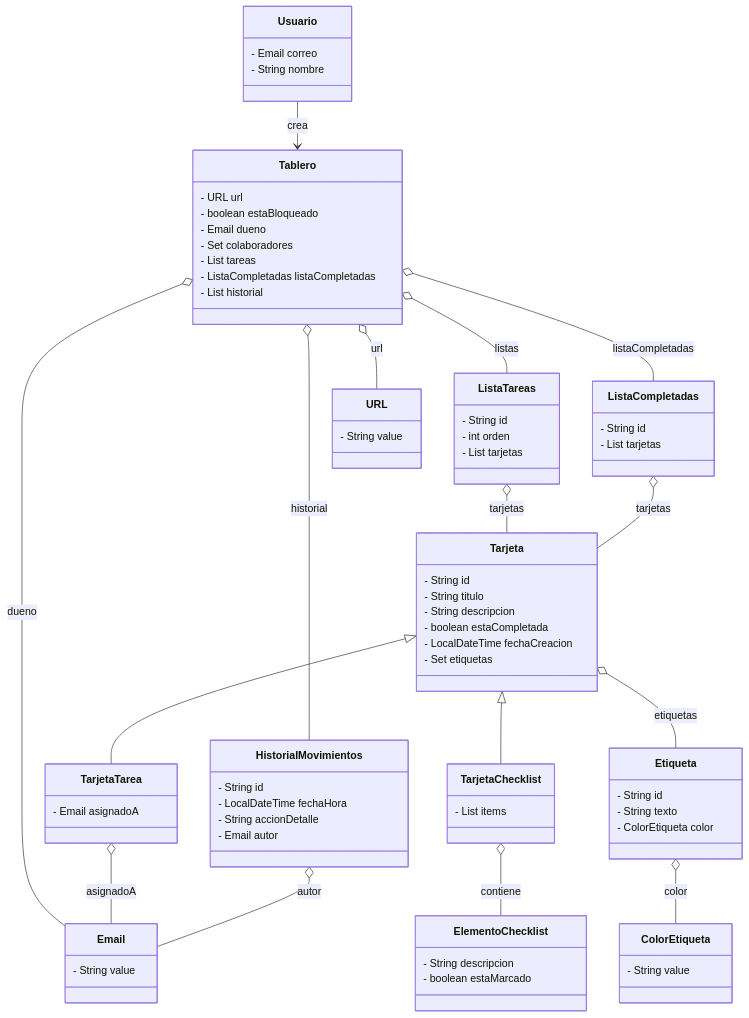
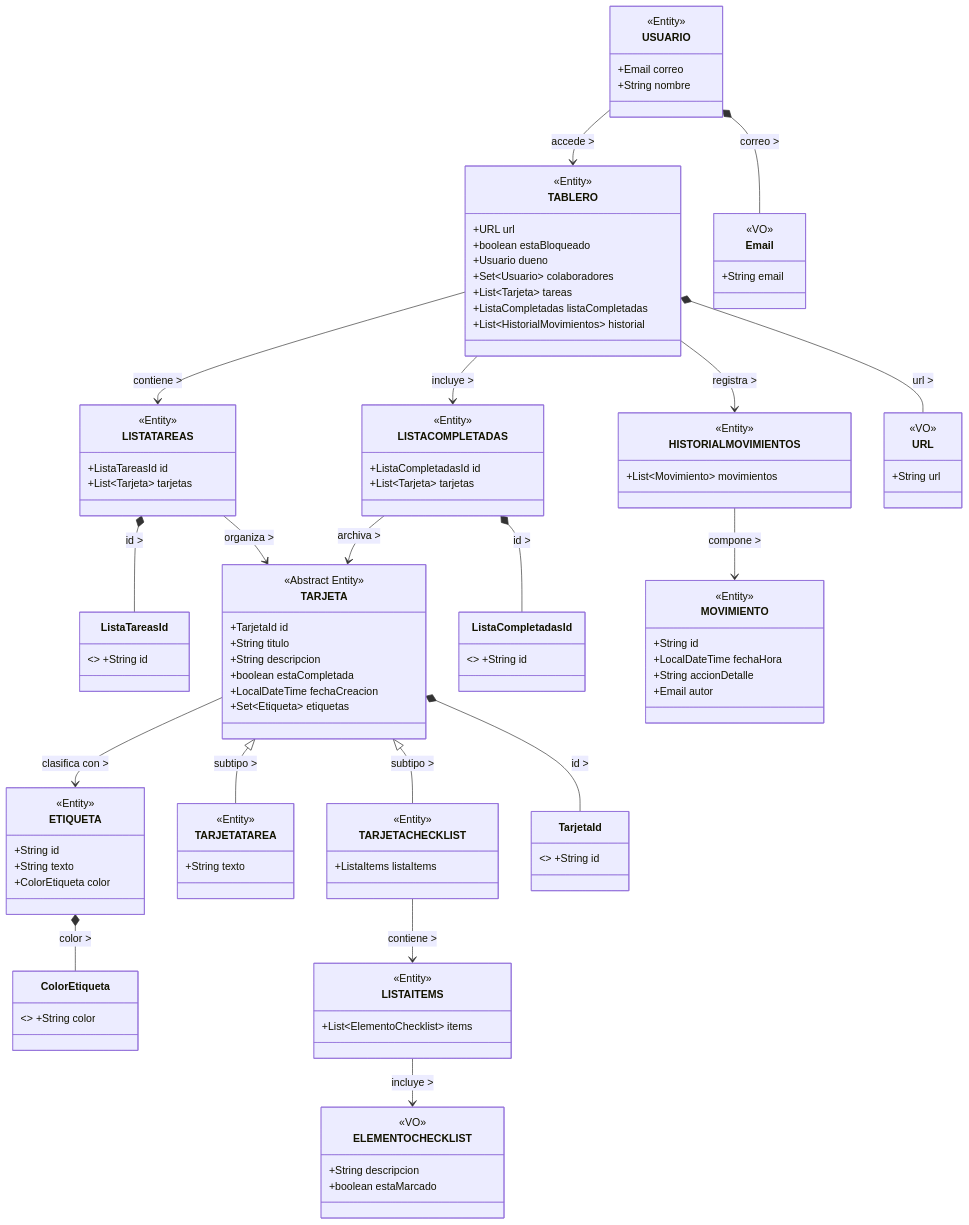
One commit to HCalipo/PDS changed the diagram in docs/DDDLO.md. Above: the diagram before and after it, drawn with Mermaid. The commit also changed other lines of this file, not shown here.

Commit message:
DOC - Diagrama

````diff
--- a/docs/DDDLO.md
+++ b/docs/DDDLO.md
@@ -21,81 +21,124 @@
 classDiagram
   direction TB
 
-    class Usuario {
-        - Email correo
-        - String nombre
-    }
-    class Tablero {
-        - URL url
-        - boolean estaBloqueado
-        - Email dueno
-        - Set<Email> colaboradores
-        - List<Tarjeta> tareas
-        - ListaCompletadas listaCompletadas
-        - List<HistorialMovimientos> historial
-    }
-    class ListaTareas {
-        - String id
-        - int orden
-        - List<Tarjeta> tarjetas
-    }
-    class ListaCompletadas {
-        - String id
-        - List<Tarjeta> tarjetas
-    }
-    class Tarjeta {
-        - String id
-        - String titulo
-        - String descripcion
-        - boolean estaCompletada
-        - LocalDateTime fechaCreacion
-        - Set<Etiqueta> etiquetas
-    }
-    class TarjetaTarea {
-        - Email asignadoA
-    }
-    class TarjetaChecklist {
-        - List<ElementoChecklist> items
-    }
-    class Etiqueta {
-        - String id
-        - String texto
-        - ColorEtiqueta color
-    }
-    class HistorialMovimientos {
-        - String id
-        - LocalDateTime fechaHora
-        - String accionDetalle
-        - Email autor
-    }
-    class Email {
-        - String value
-    }
-    class URL {
-        - String value
-    }
-    class ColorEtiqueta {
-        - String value
-    }
-    class ElementoChecklist {
-        - String descripcion
-        - boolean estaMarcado
+    class USUARIO {
+      <<Entity>>
+      +Email correo
+      +String nombre
     }
 
-    Tarjeta <|-- TarjetaTarea
-    Tarjeta <|-- TarjetaChecklist
+    class TABLERO {
+      <<Entity>>
+      +URL url
+      +boolean estaBloqueado
+      +Usuario dueno
+      +Set~Usuario~ colaboradores
+      +List~Tarjeta~ tareas
+      +ListaCompletadas listaCompletadas
+      +List~HistorialMovimientos~ historial
+    }
 
-    Tablero o-- ListaTareas : listas
-    Tablero o-- ListaCompletadas : listaCompletadas
-    Tablero o-- HistorialMovimientos : historial
-    Tablero o-- Email : dueno
-    Tablero o-- URL : url
-    ListaTareas o-- Tarjeta : tarjetas
-    ListaCompletadas o-- Tarjeta : tarjetas
-    Tarjeta o-- Etiqueta : etiquetas
-    TarjetaTarea o-- Email : asignadoA
-    TarjetaChecklist o-- ElementoChecklist : contiene
-    Usuario --> Tablero : crea
-    Etiqueta o-- ColorEtiqueta : color
-    HistorialMovimientos o-- Email : autor
+    class LISTATAREAS {
+      <<Entity>>
+      +ListaTareasId id
+      +List~Tarjeta~ tarjetas
+    }
+
+    class ListaTareasId { <<VO>> +String id }
+
+    class LISTACOMPLETADAS {
+      <<Entity>>
+      +ListaCompletadasId id
+      +List~Tarjeta~ tarjetas
+    }
+
+    class HISTORIALMOVIMIENTOS {
+      <<Entity>>
+      +List~Movimiento~ movimientos
+    }
+
+    class TARJETA {
+      <<Abstract Entity>>
+      +TarjetaId id
+      +String titulo
+      +String descripcion
+      +boolean estaCompletada
+      +LocalDateTime fechaCreacion
+      +Set~Etiqueta~ etiquetas
+    }
+
+    class ETIQUETA {
+      <<Entity>>
+      +String id
+      +String texto
+      +ColorEtiqueta color
+    }
+
+    class MOVIMIENTO {
+      <<Entity>>
+      +String id
+      +LocalDateTime fechaHora
+      +String accionDetalle
+      +Email autor
+    }
+
+    class TARJETATAREA {
+      <<Entity>>
+      +String texto
+    }
+
+    class TARJETACHECKLIST {
+      <<Entity>>
+      +ListaItems listaItems
+    }
+
+    class LISTAITEMS {
+      <<Entity>>
+      +List~ElementoChecklist~ items
+    }
+
+    class ELEMENTOCHECKLIST {
+      <<VO>>
+      +String descripcion
+      +boolean estaMarcado
+    }
+
+    class Email {
+      <<VO>>
+      +String email
+    }
+
+    class URL {
+      <<VO>>
+      +String url
+    }
+
+    class ListaCompletadasId { <<VO>> +String id }
+    class TarjetaId { <<VO>> +String id }
+    class ColorEtiqueta { <<VO>> +String color }
+
+    USUARIO --> TABLERO : accede >
+
+    TABLERO --> LISTATAREAS : contiene >
+    TABLERO --> LISTACOMPLETADAS : incluye >
+    TABLERO --> HISTORIALMOVIMIENTOS : registra >
+
+    LISTATAREAS *-- ListaTareasId : id >
+
+    LISTATAREAS --> TARJETA : organiza >
+    LISTACOMPLETADAS --> TARJETA : archiva >
+    TARJETA --> ETIQUETA : clasifica con >
+    HISTORIALMOVIMIENTOS --> MOVIMIENTO : compone >
+
+    TARJETA <|-- TARJETATAREA : subtipo >
+    TARJETA <|-- TARJETACHECKLIST : subtipo >
+
+    TARJETACHECKLIST --> LISTAITEMS : contiene >
+    LISTAITEMS --> ELEMENTOCHECKLIST : incluye >
+
+    USUARIO *-- Email : correo >
+    TABLERO *-- URL : url >
+    LISTACOMPLETADAS *-- ListaCompletadasId : id >
+    TARJETA *-- TarjetaId : id >
+    ETIQUETA *-- ColorEtiqueta : color >
 ```
````
